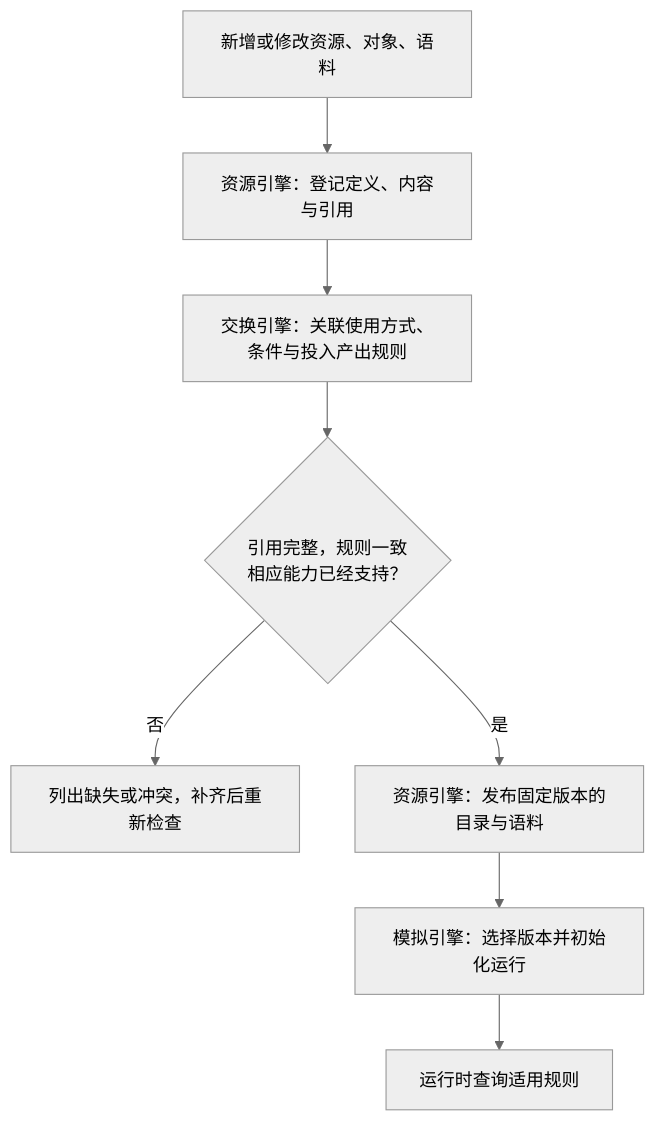
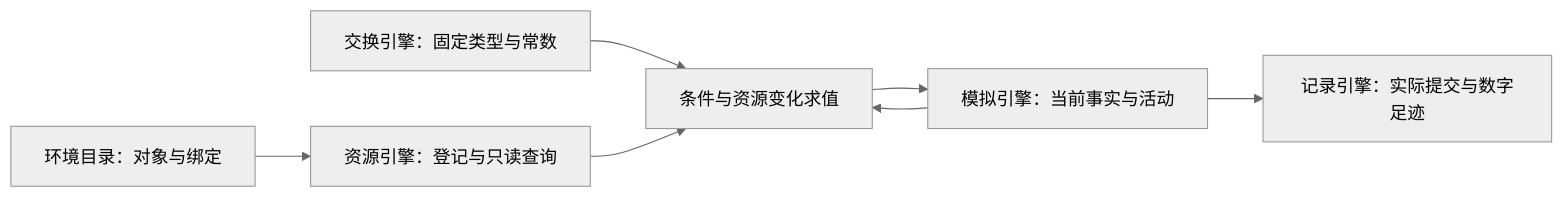
Before and after one commit to HoldThatThgt/WorldMock: the diagram in docs/design/02-exchange-engine.md, drawn with Mermaid (neutral theme). The commit also changed other lines of this file and 150 other files, not shown here.

````diff
--- a/docs/design/02-exchange-engine.md
+++ b/docs/design/02-exchange-engine.md
@@ -119,10 +50,9 @@
 ```mermaid
-flowchart TB
-    A[新增或修改资源、对象、语料] --> R[资源引擎：登记定义、内容与引用]
-    R --> M[交换引擎：关联使用方式、条件与投入产出规则]
-    M --> C{引用完整，规则一致<br/>相应能力已经支持？}
-    C -->|否| F[列出缺失或冲突，补齐后重新检查]
-    C -->|是| P[资源引擎：发布固定版本的目录与语料]
-    P --> S[模拟引擎：选择版本并初始化运行]
-    S --> Q[运行时查询适用规则]
+flowchart LR
+    C[环境目录：对象与绑定] --> R[资源引擎：登记与只读查询]
+    X[交换引擎：固定类型与常数] --> V[条件与资源变化求值]
+    R --> V
+    S[模拟引擎：当前事实与活动] --> V
+    V --> S
+    S --> F[记录引擎：实际提交与数字足迹]
 ```
````
